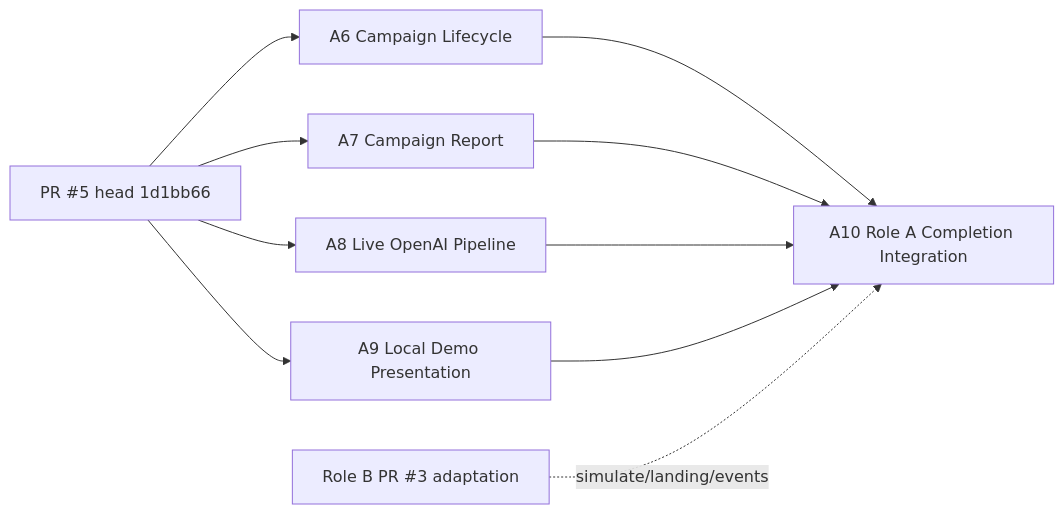
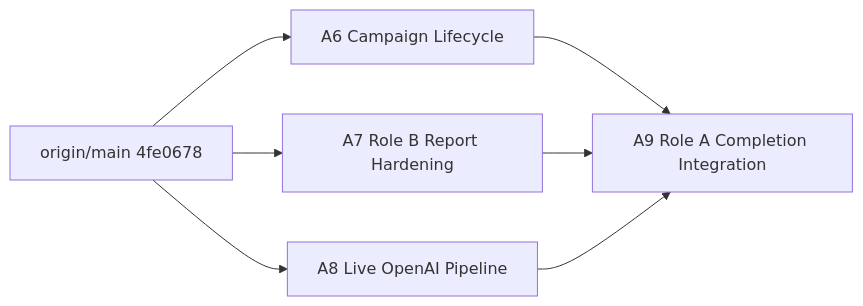
One commit to mistysya/hackathon_2026 changed the diagram in docs/role-a-live-agents-lifecycle-report-plan.md. Above: the diagram before and after it, drawn with Mermaid. The commit also changed other lines of this file, not shown here.

Commit message:
docs: align role A plan with merged main

````diff
--- a/docs/role-a-live-agents-lifecycle-report-plan.md
+++ b/docs/role-a-live-agents-lifecycle-report-plan.md
@@ -131,12 +99,9 @@
 ```mermaid
 flowchart LR
-    P5[PR #5 head 1d1bb66] --> A6[A6 Campaign Lifecycle]
-    P5 --> A7[A7 Campaign Report]
-    P5 --> A8[A8 Live OpenAI Pipeline]
-    P5 --> A9[A9 Local Demo Presentation]
-    A6 --> A10[A10 Role A Completion Integration]
-    A7 --> A10
-    A8 --> A10
-    A9 --> A10
-    B[Role B PR #3 adaptation] -. simulate/landing/events .-> A10
+    M[origin/main 4fe0678] --> A6[A6 Campaign Lifecycle]
+    M --> A7[A7 Role B Report Hardening]
+    M --> A8[A8 Live OpenAI Pipeline]
+    A6 --> A9[A9 Role A Completion Integration]
+    A7 --> A9
+    A8 --> A9
 ```
````
